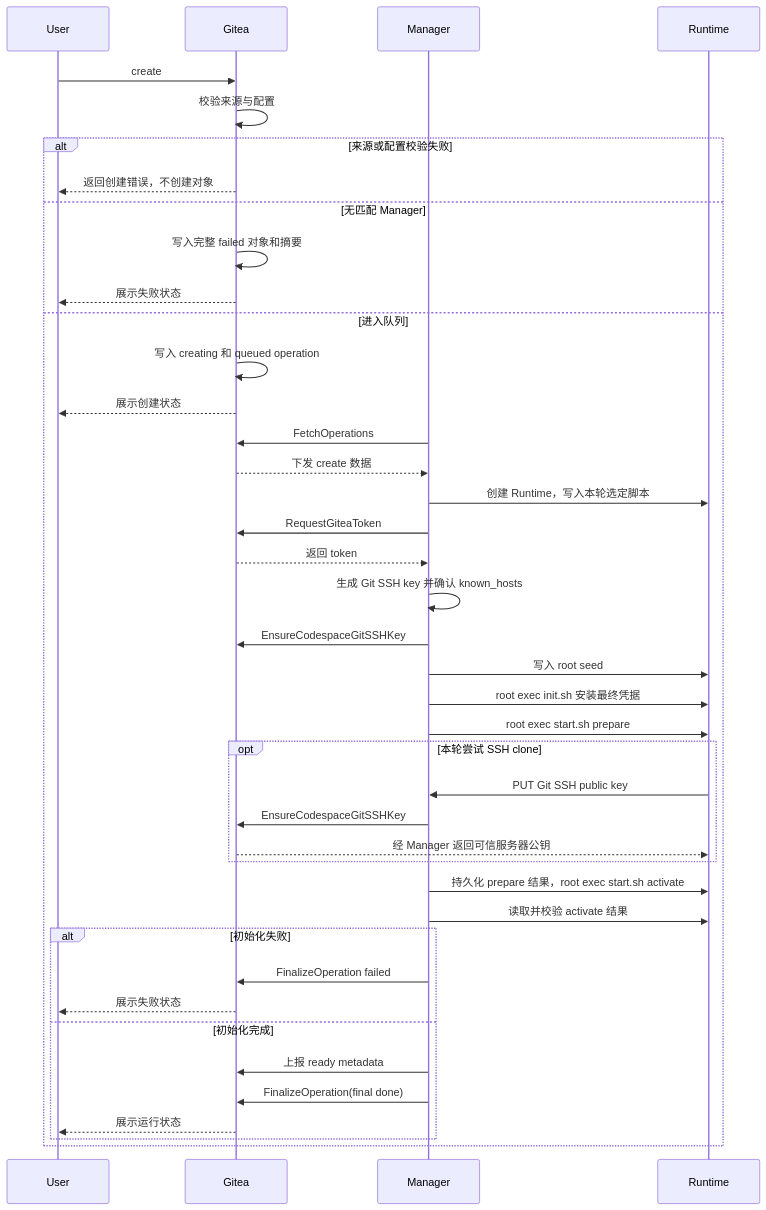
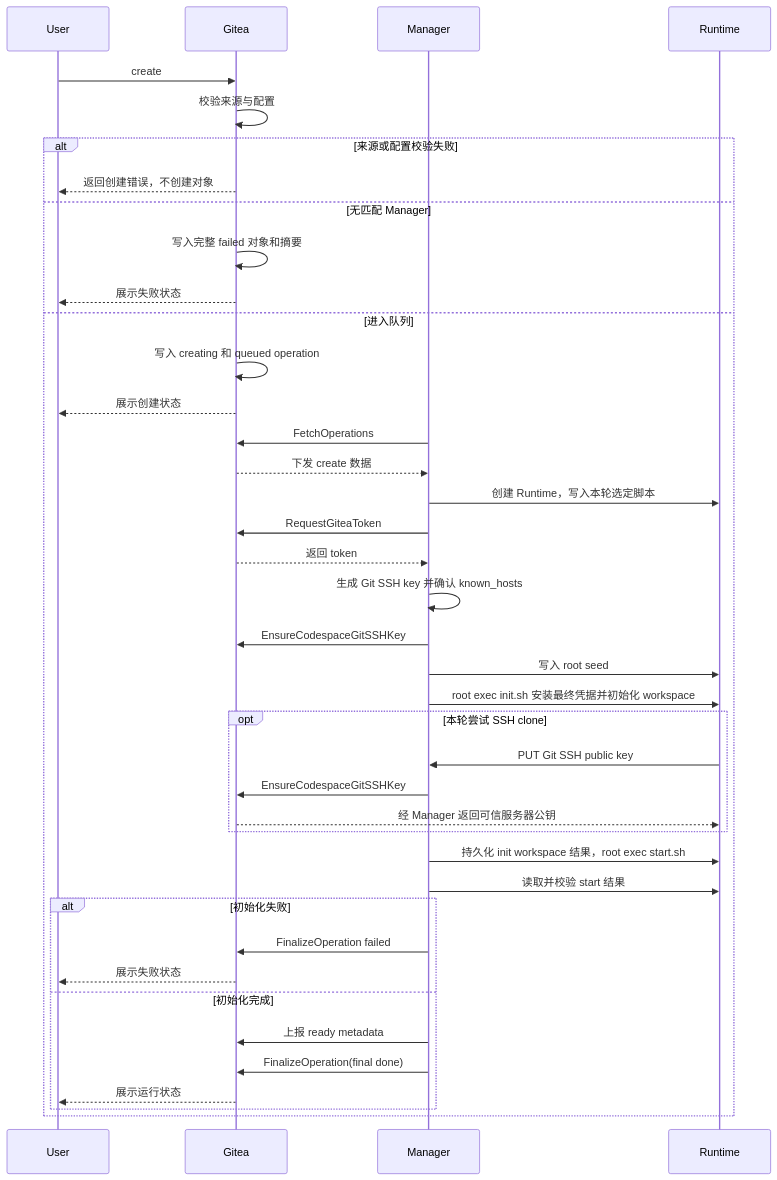
Before and after one commit to ExplodingDragon/gitea-dev: the first of 3 diagrams in src/lifecycle-flows.md, drawn with Mermaid. The commit also changed other lines of this file and 9 other files, not shown here.

````diff
--- a/src/lifecycle-flows.md
+++ b/src/lifecycle-flows.md
@@ -115,44 +115,43 @@
 ```mermaid
 sequenceDiagram
     participant U as User
     participant G as Gitea
     participant M as Manager
     participant R as Runtime
 
     U->>G: create
     G->>G: 校验来源与配置
     alt 来源或配置校验失败
         G-->>U: 返回创建错误，不创建对象
     else 无匹配 Manager
         G->>G: 写入完整 failed 对象和摘要
         G-->>U: 展示失败状态
     else 进入队列
         G->>G: 写入 creating 和 queued operation
         G-->>U: 展示创建状态
         M->>G: FetchOperations
         G-->>M: 下发 create 数据
         M->>R: 创建 Runtime，写入本轮选定脚本
         M->>G: RequestGiteaToken
         G-->>M: 返回 token
         M->>M: 生成 Git SSH key 并确认 known_hosts
         M->>G: EnsureCodespaceGitSSHKey
         M->>R: 写入 root seed
-        M->>R: root exec init.sh 安装最终凭据
-        M->>R: root exec start.sh prepare
+        M->>R: root exec init.sh 安装最终凭据并初始化 workspace
         opt 本轮尝试 SSH clone
             R->>M: PUT Git SSH public key
             M->>G: EnsureCodespaceGitSSHKey
             G-->>R: 经 Manager 返回可信服务器公钥
         end
-        M->>R: 持久化 prepare 结果，root exec start.sh activate
-        M->>R: 读取并校验 activate 结果
+        M->>R: 持久化 init workspace 结果，root exec start.sh
+        M->>R: 读取并校验 start 结果
         alt 初始化失败
             M->>G: FinalizeOperation failed
             G-->>U: 展示失败状态
         else 初始化完成
             M->>G: 上报 ready metadata
             M->>G: FinalizeOperation(final done)
             G-->>U: 展示运行状态
         end
     end
 ```
````
